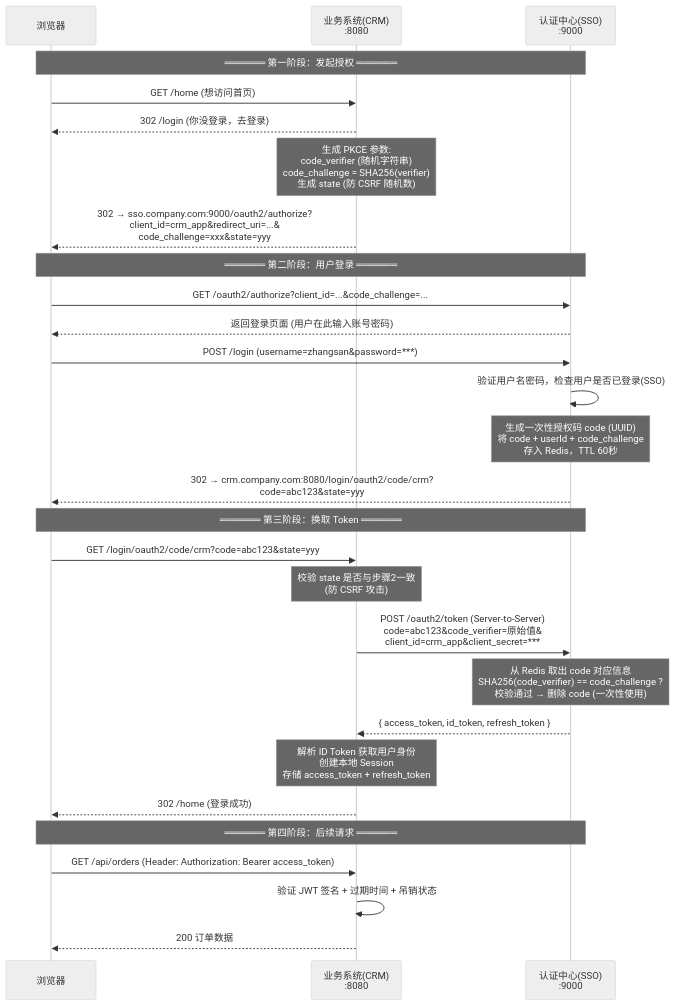
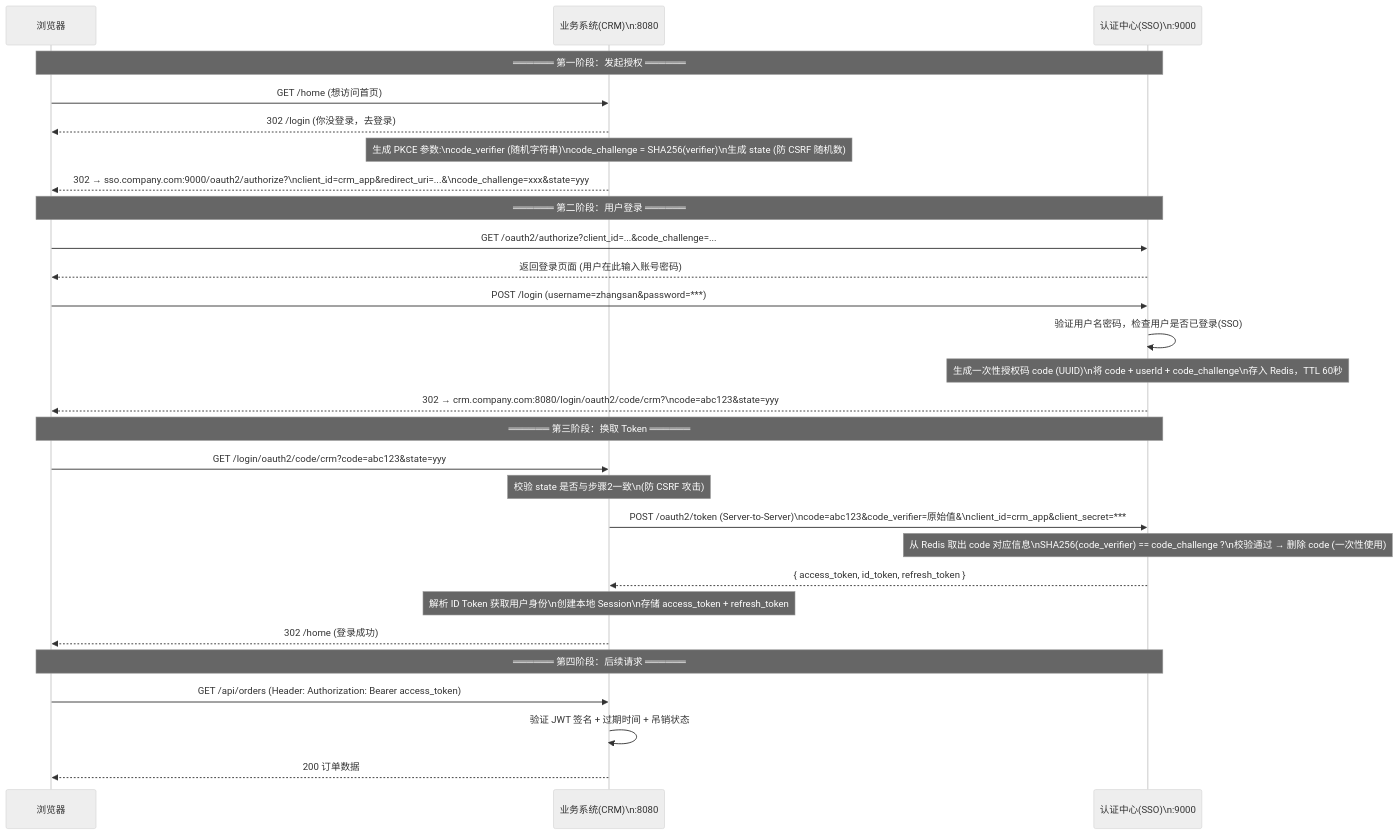
Before and after one commit to yaocat55/yaocat55.github.io: the second of 3 diagrams in content/posts/springsecurity/OAuth2JwtSsoImplementation.md, drawn with Mermaid (neutral theme). The commit also changed other lines of this file and 155 other files, not shown here.

````diff
--- a/content/posts/springsecurity/OAuth2JwtSsoImplementation.md
+++ b/content/posts/springsecurity/OAuth2JwtSsoImplementation.md
@@ -76,48 +76,48 @@
 ```mermaid
 sequenceDiagram
     participant B as 浏览器
-    participant C as 业务系统(CRM)<br/>:8080
-    participant A as 认证中心(SSO)<br/>:9000
+    participant C as 业务系统(CRM)\n:8080
+    participant A as 认证中心(SSO)\n:9000
 
     Note over B,A: ══════ 第一阶段：发起授权 ══════
 
     B->>C: GET /home (想访问首页)
     C-->>B: 302 /login (你没登录，去登录)
 
-    Note over C: 生成 PKCE 参数:<br/>code_verifier (随机字符串)<br/>code_challenge = SHA256(verifier)<br/>生成 state (防 CSRF 随机数)
+    Note over C: 生成 PKCE 参数:\ncode_verifier (随机字符串)\ncode_challenge = SHA256(verifier)\n生成 state (防 CSRF 随机数)
 
-    C-->>B: 302 → sso.company.com:9000/oauth2/authorize?<br/>client_id=crm_app&redirect_uri=...&<br/>code_challenge=xxx&state=yyy
+    C-->>B: 302 → sso.company.com:9000/oauth2/authorize?\nclient_id=crm_app&redirect_uri=...&\ncode_challenge=xxx&state=yyy
 
     Note over B,A: ══════ 第二阶段：用户登录 ══════
 
     B->>A: GET /oauth2/authorize?client_id=...&code_challenge=...
     A-->>B: 返回登录页面 (用户在此输入账号密码)
     B->>A: POST /login (username=zhangsan&password=***)
     A->>A: 验证用户名密码，检查用户是否已登录(SSO)
 
-    Note over A: 生成一次性授权码 code (UUID)<br/>将 code + userId + code_challenge<br/>存入 Redis，TTL 60秒
+    Note over A: 生成一次性授权码 code (UUID)\n将 code + userId + code_challenge\n存入 Redis，TTL 60秒
 
-    A-->>B: 302 → crm.company.com:8080/login/oauth2/code/crm?<br/>code=abc123&state=yyy
+    A-->>B: 302 → crm.company.com:8080/login/oauth2/code/crm?\ncode=abc123&state=yyy
 
     Note over B,A: ══════ 第三阶段：换取 Token ══════
 
     B->>C: GET /login/oauth2/code/crm?code=abc123&state=yyy
 
-    Note over C: 校验 state 是否与步骤2一致<br/>(防 CSRF 攻击)
+    Note over C: 校验 state 是否与步骤2一致\n(防 CSRF 攻击)
 
-    C->>A: POST /oauth2/token (Server-to-Server)<br/>code=abc123&code_verifier=原始值&<br/>client_id=crm_app&client_secret=***
+    C->>A: POST /oauth2/token (Server-to-Server)\ncode=abc123&code_verifier=原始值&\nclient_id=crm_app&client_secret=***
 
-    Note over A: 从 Redis 取出 code 对应信息<br/>SHA256(code_verifier) == code_challenge ?<br/>校验通过 → 删除 code (一次性使用)
+    Note over A: 从 Redis 取出 code 对应信息\nSHA256(code_verifier) == code_challenge ?\n校验通过 → 删除 code (一次性使用)
 
     A-->>C: { access_token, id_token, refresh_token }
 
-    Note over C: 解析 ID Token 获取用户身份<br/>创建本地 Session<br/>存储 access_token + refresh_token
+    Note over C: 解析 ID Token 获取用户身份\n创建本地 Session\n存储 access_token + refresh_token
 
     C-->>B: 302 /home (登录成功)
 
     Note over B,A: ══════ 第四阶段：后续请求 ══════
 
     B->>C: GET /api/orders (Header: Authorization: Bearer access_token)
     C->>C: 验证 JWT 签名 + 过期时间 + 吊销状态
     C-->>B: 200 订单数据
 ```
````
